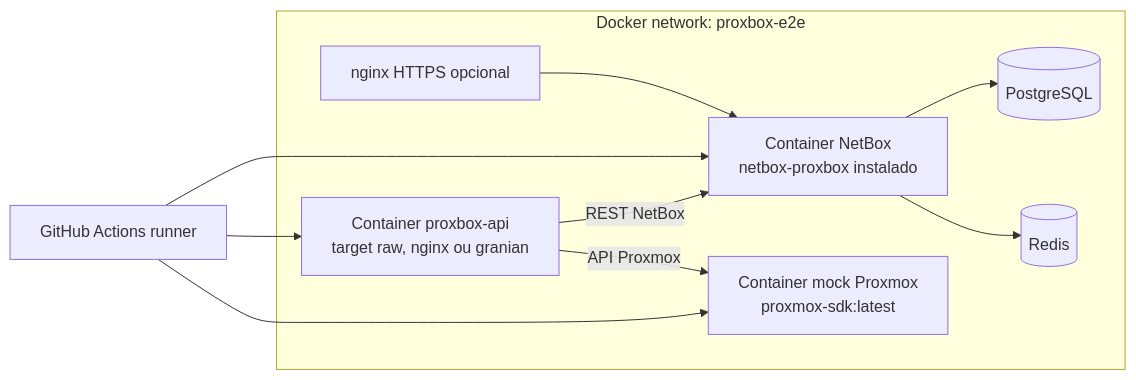
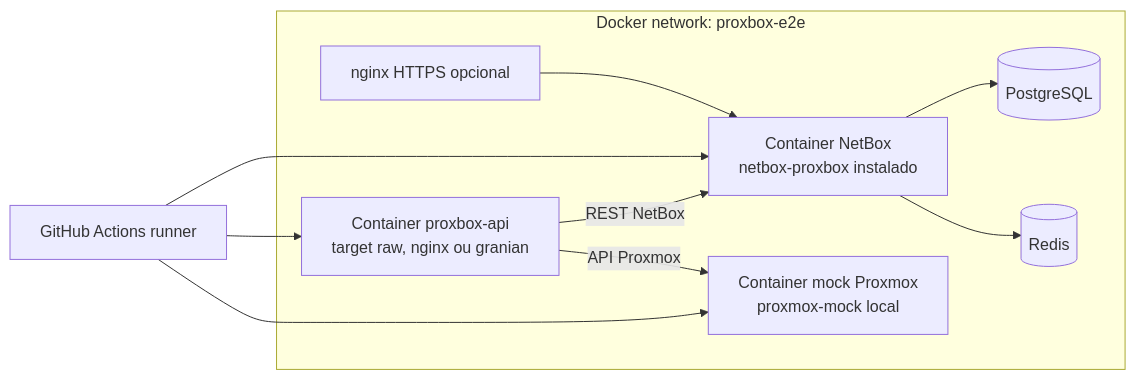
Before and after one commit to emersonfelipesp/proxbox-api: the second of 3 diagrams in docs/pt-BR/development/ci-e2e-workflows.md, drawn with Mermaid. The commit also changed other lines of this file and 9 other files, not shown here.

````diff
--- a/docs/pt-BR/development/ci-e2e-workflows.md
+++ b/docs/pt-BR/development/ci-e2e-workflows.md
@@ -51,22 +69,22 @@
 ```mermaid
 flowchart LR
     GA[GitHub Actions runner]
 
     subgraph Stack[Docker network: proxbox-e2e]
         NB[Container NetBox\nnetbox-proxbox instalado]
         NGINX[nginx HTTPS opcional]
         API[Container proxbox-api\ntarget raw, nginx ou granian]
-        PM[Container mock Proxmox\nproxmox-sdk:latest]
+        PM[Container mock Proxmox\nproxmox-mock local]
         PG[(PostgreSQL)]
         RD[(Redis)]
     end
 
     GA --> NB
     GA --> API
     GA --> PM
     NB --> PG
     NB --> RD
     API -->|REST NetBox| NB
     API -->|API Proxmox| PM
     NGINX --> NB
 ```
````
